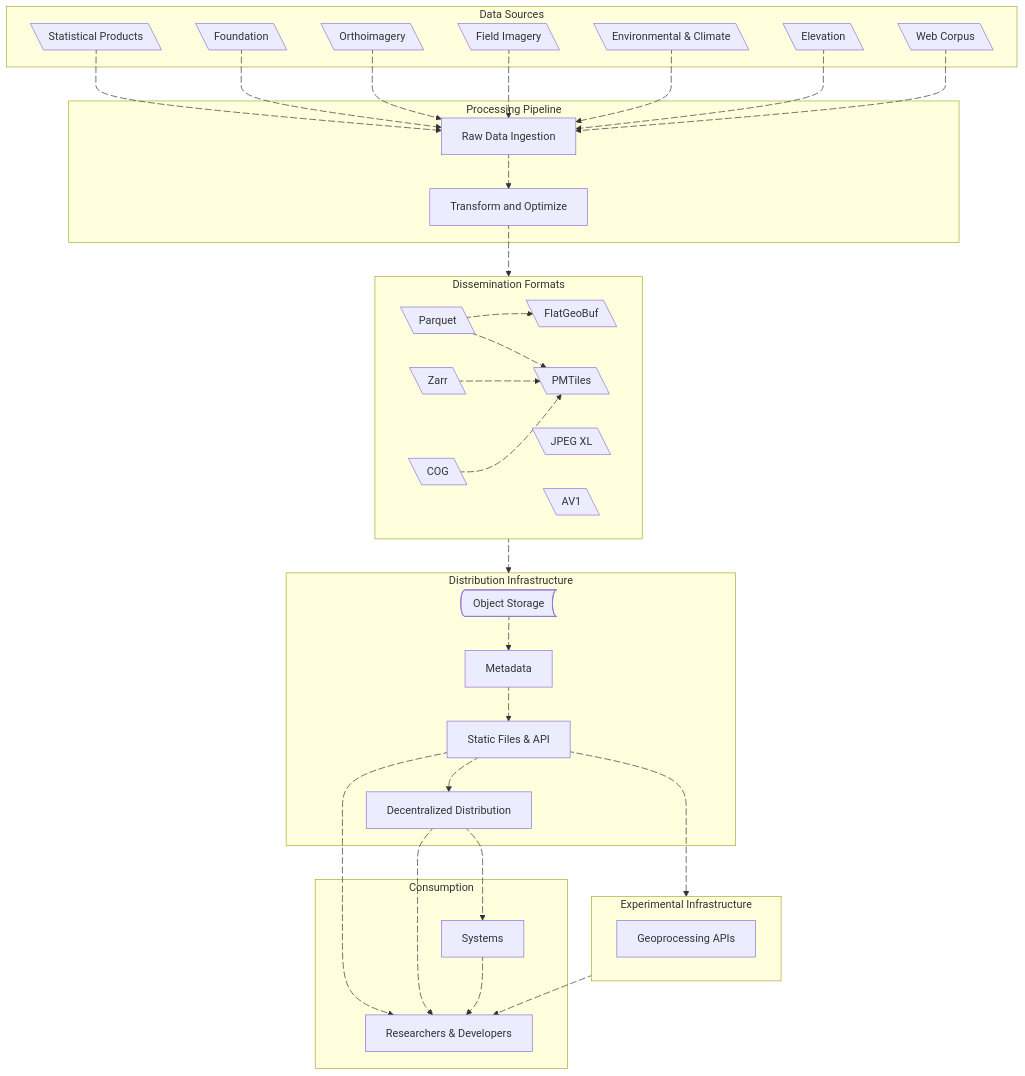
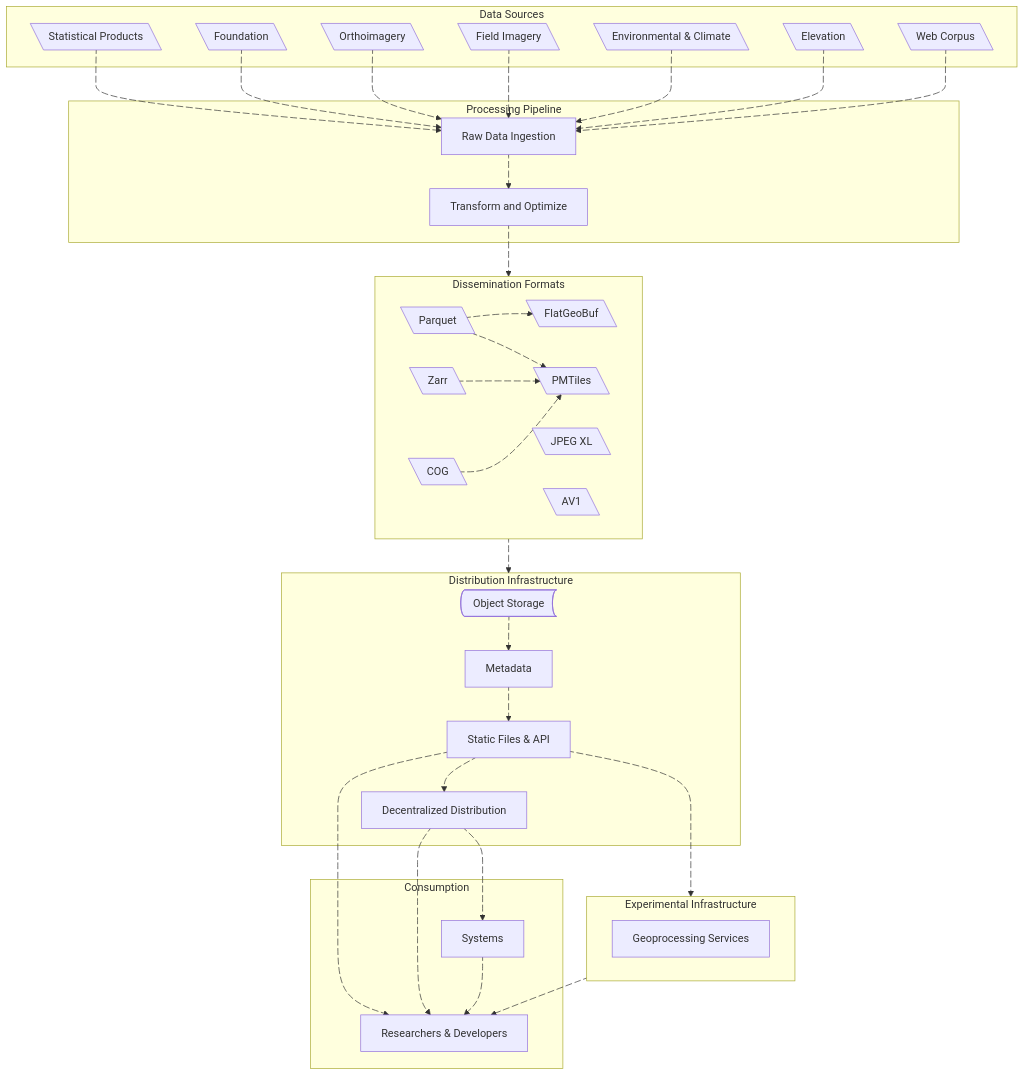
Before and after one commit to dataforcanada/www.dataforcanada.org: the diagram in content/_index.md, drawn with Mermaid.

Commit message:
Rename geoprocessing APIs to Geoprocessing Services

```diff
--- a/content/_index.md
+++ b/content/_index.md
@@ -55,7 +55,7 @@
     end
 
     subgraph ei [Experimental Infrastructure]
-        GeoProcessingAPIs@{ shape: rect, label: "Geoprocessing APIs"}
+        GeoProcessingAPIs@{ shape: rect, label: "Geoprocessing Services"}
         %%Martin@{ shape: rect}
         %%GeoServer@{ shape: rect}
         %%ZOOProject@{ shape: rect, label: "ZOO-Project"}
```
